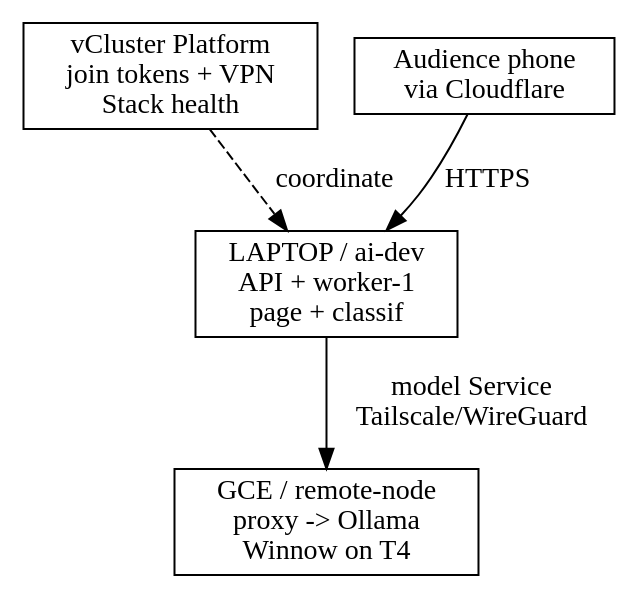
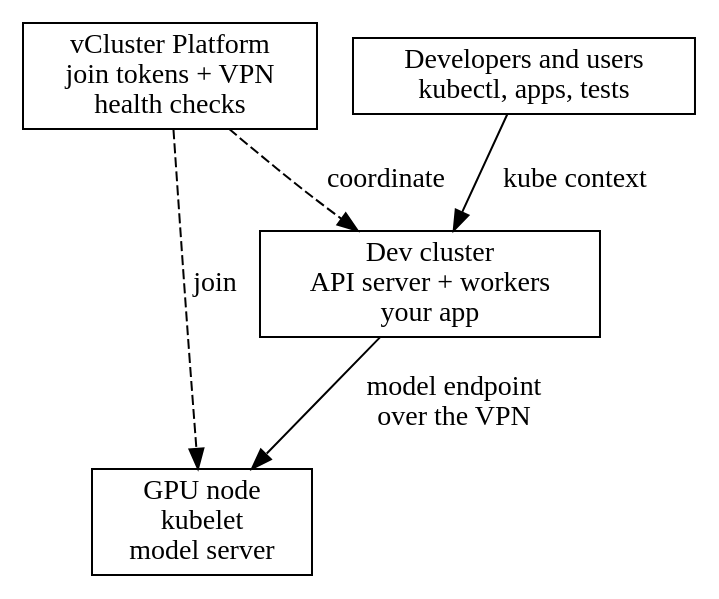
Before and after one commit to Piotr1215/youtube: the diagram in ai-dev-loop/diagrams/architecture.dot, drawn with Graphviz. The commit also changed 1 other file, not shown here.

Commit message:
docs(ai-dev-loop): show platform components in the architecture diagram
The diagram traced this demo's request path, naming the audience phone, the laptop and the T4, so it said nothing about how the pattern applies to another team. General components and their interactions carry over, and the title no longer promises a path.

The blockquotes and summary line drop their one-x phrasing, which reads as AI prose and which the repo rules already ban.

```diff
--- a/ai-dev-loop/diagrams/architecture.dot
+++ b/ai-dev-loop/diagrams/architecture.dot
@@ -1,13 +1,14 @@
 digraph architecture {
   rankdir=TB;
   node [shape=box];
 
-  platform [label="vCluster Platform\njoin tokens + VPN\nStack health"];
-  audience [label="Audience phone\nvia Cloudflare"];
-  laptop [label="LAPTOP / ai-dev\nAPI + worker-1\npage + classif"];
-  gpu [label="GCE / remote-node\nproxy -> Ollama\nWinnow on T4"];
+  platform [label="vCluster Platform\njoin tokens + VPN\nhealth checks"];
+  users [label="Developers and users\nkubectl, apps, tests"];
+  cluster [label="Dev cluster\nAPI server + workers\nyour app"];
+  gpu [label="GPU node\nkubelet\nmodel server"];
 
-  platform -> laptop [label="coordinate", style=dashed];
-  audience -> laptop [label="HTTPS"];
-  laptop -> gpu [label="model Service\nTailscale/WireGuard"];
+  platform -> cluster [label="coordinate", style=dashed];
+  platform -> gpu [label="join", style=dashed];
+  users -> cluster [label="kube context"];
+  cluster -> gpu [label="model endpoint\nover the VPN"];
 }
```
